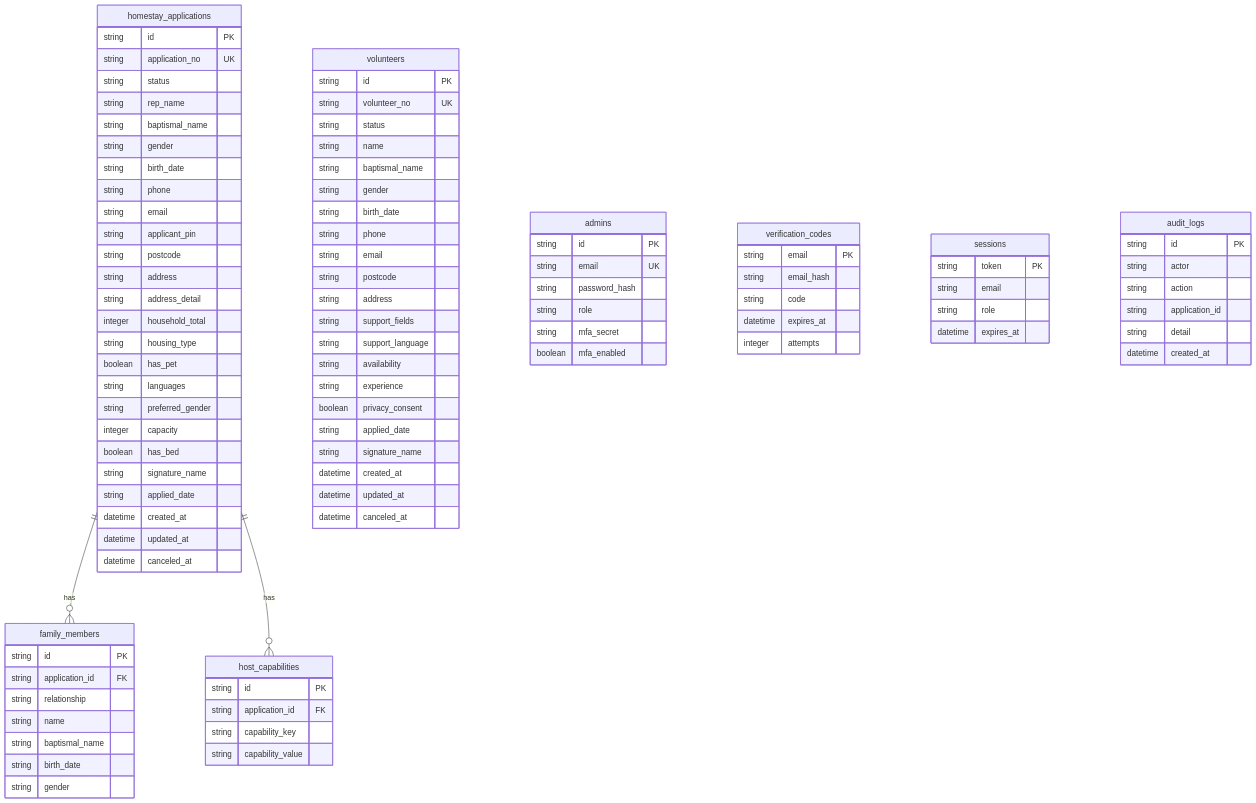
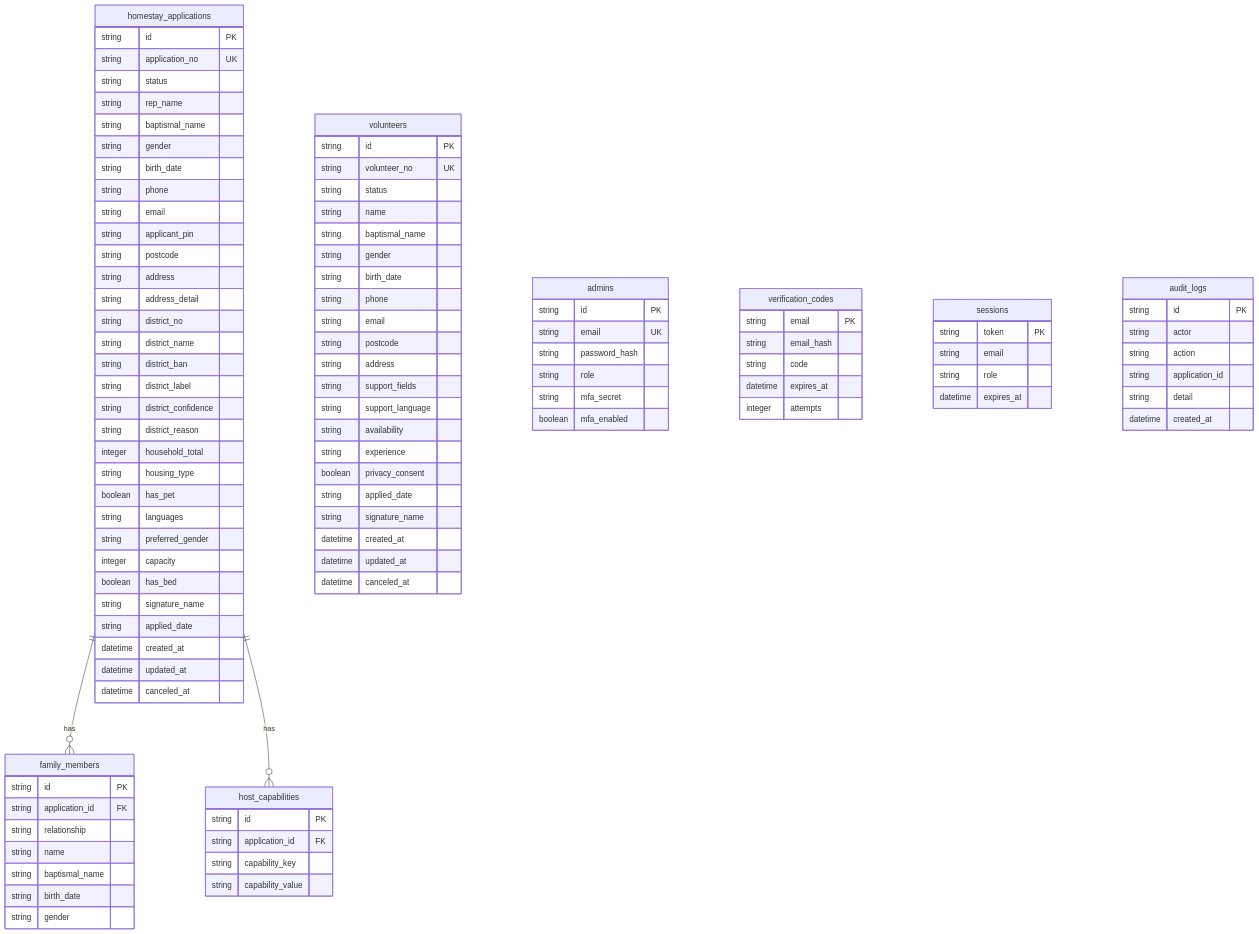
Before and after one commit to brotheroak/2027-wyd-kr-segok-management-system: the diagram in docs/DATABASE.md, drawn with Mermaid. The commit also changed other lines of this file and 11 other files, not shown here.

```diff
--- a/docs/DATABASE.md
+++ b/docs/DATABASE.md
@@ -109,6 +109,12 @@
         string postcode
         string address
         string address_detail
+        string district_no
+        string district_name
+        string district_ban
+        string district_label
+        string district_confidence
+        string district_reason
         integer household_total
         string housing_type
         boolean has_pet
```
